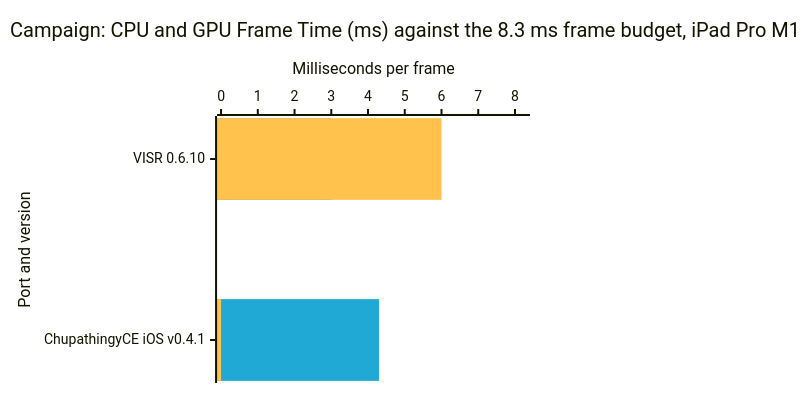
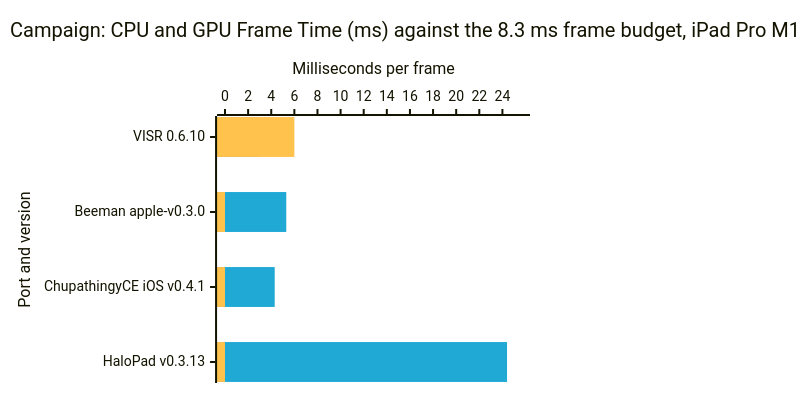
Before and after one commit to VISR-CE/visr: the third of 8 diagrams in docs/benchmarks.md, drawn with Mermaid. The commit also changed other lines of this file and 5 other files, not shown here.

First line of the commit message:
📝 docs(benchmarks): add HaloPad v0.3.13 and Beeman apple-v0.3.0 on the M1 iPad Pro for the Campaign, Combat and Cutscene windows, two rounds each — frame times from the app's own present calls and no GPU time, since no on-device trace covers these ports

````diff
--- a/docs/benchmarks.md
+++ b/docs/benchmarks.md
@@ -78,17 +78,17 @@
 ```mermaid
 ---
 config:
   xyChart:
     width: 520
     height: 373
   themeVariables:
     xyChart:
       plotColorPalette: "#1fa9d4, #ffc24d"
 ---
 xychart-beta horizontal
     title "Campaign: CPU and GPU Frame Time (ms) against the 8.3 ms frame budget, iPad Pro M1"
-    x-axis "Port and version" ["VISR 0.6.10", "ChupathingyCE iOS v0.4.1"]
-    y-axis "Milliseconds per frame" 0 --> 8.3
-    bar [3, 4.3]
-    bar [6, 0]
+    x-axis "Port and version" ["VISR 0.6.10", "Beeman apple-v0.3.0", "ChupathingyCE iOS v0.4.1", "HaloPad v0.3.13"]
+    y-axis "Milliseconds per frame" 0 --> 25.7
+    bar [3, 5.3, 4.3, 24.4]
+    bar [6, 0, 0, 0]
 ```
````
